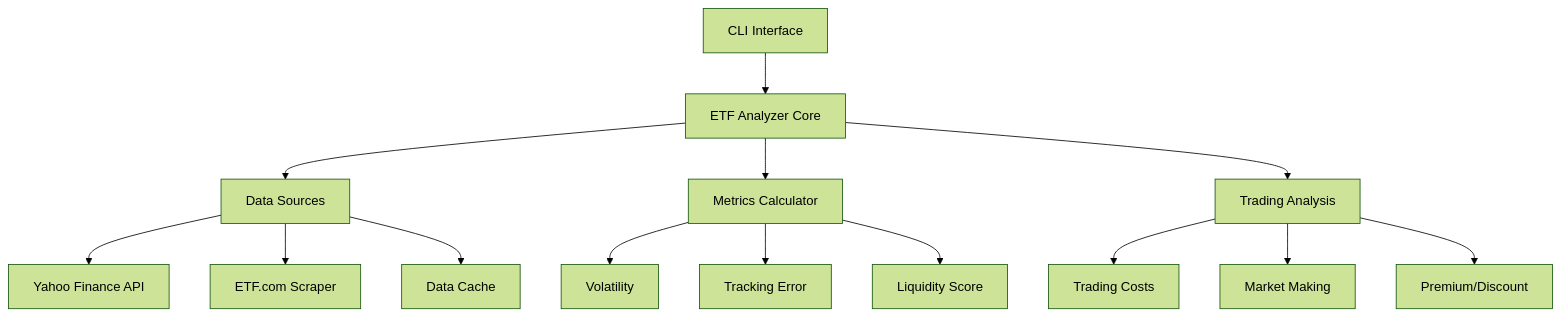
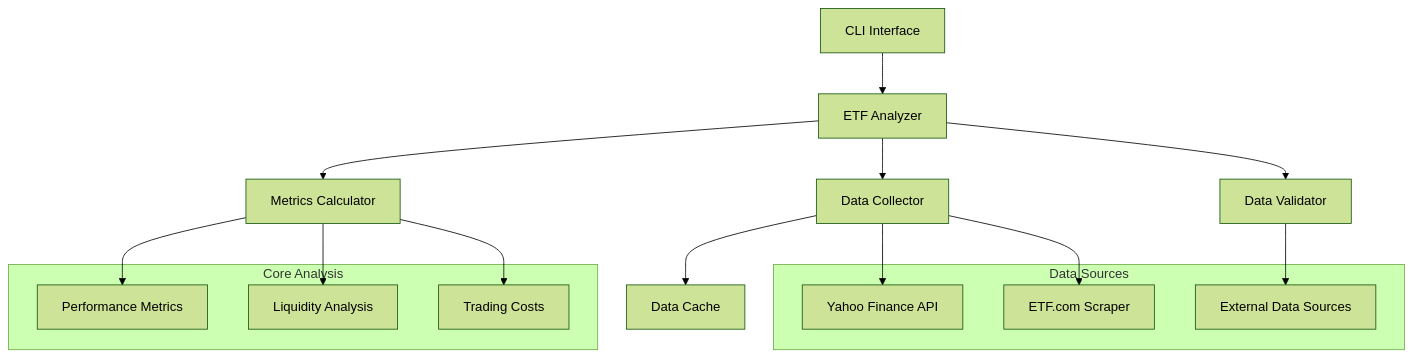
One commit to ericgage/Investing changed the first of 3 diagrams in README.md. Above: the diagram before and after it, drawn with Mermaid (forest theme). The commit also changed other lines of this file and 12 other files, not shown here.

````diff
--- a/README.md
+++ b/README.md
@@ -98,19 +198,29 @@
 ```mermaid
 graph TD
-    CLI[CLI Interface] --> Analyzer[ETF Analyzer Core]
-    Analyzer --> DataSource[Data Sources]
-    Analyzer --> Metrics[Metrics Calculator]
-    Analyzer --> Trading[Trading Analysis]
+    CLI[CLI Interface] --> Analyzer[ETF Analyzer]
+    Analyzer --> DataCollector[Data Collector]
+    Analyzer --> MetricsCalculator[Metrics Calculator]
+    Analyzer --> Validator[Data Validator]
     
-    DataSource --> YFinance[Yahoo Finance API]
-    DataSource --> ETFcom[ETF.com Scraper]
-    DataSource --> Cache[Data Cache]
+    DataCollector --> YFinance[Yahoo Finance API]
+    DataCollector --> ETFcom[ETF.com Scraper]
+    DataCollector --> Cache[Data Cache]
     
-    Metrics --> Volatility[Volatility]
-    Metrics --> TrackingError[Tracking Error]
-    Metrics --> Liquidity[Liquidity Score]
+    MetricsCalculator --> Performance[Performance Metrics]
+    MetricsCalculator --> Liquidity[Liquidity Analysis]
+    MetricsCalculator --> TradingCosts[Trading Costs]
     
-    Trading --> Costs[Trading Costs]
-    Trading --> MarketMaker[Market Making]
-    Trading --> PremiumDiscount[Premium/Discount]
+    Validator --> ExternalSources[External Data Sources]
+    
+    subgraph "Data Sources"
+        YFinance
+        ETFcom
+        ExternalSources
+    end
+    
+    subgraph "Core Analysis"
+        Performance
+        Liquidity
+        TradingCosts
+    end
 ```
````
